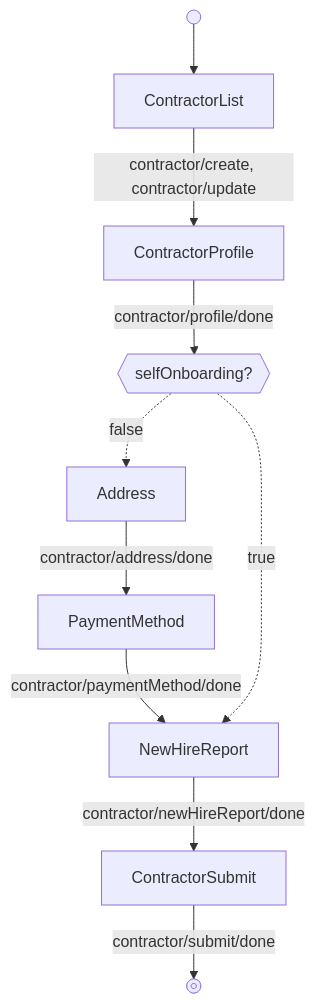
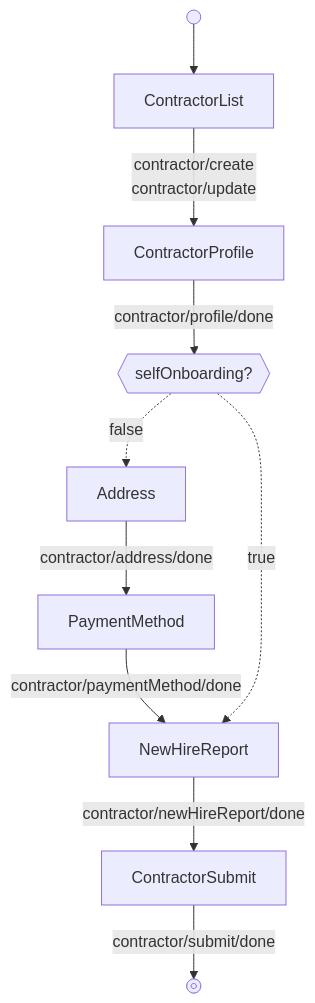
One commit to Gusto/embedded-react-sdk changed the diagram in docs/reference/contractor/onboarding/onboarding-flow.md. Above: the diagram before and after it, drawn with Mermaid. The commit also changed 1 other file, not shown here.

Commit message:
docs(contractor): stack multi-event edge label instead of comma-delimiting
Use <br/> to put contractor/create and contractor/update on separate lines.

````diff
--- a/docs/reference/contractor/onboarding/onboarding-flow.md
+++ b/docs/reference/contractor/onboarding/onboarding-flow.md
@@ -104,15 +104,15 @@
 ```mermaid
 flowchart
   start@{ shape: sm-circ } --> ContractorList
-  ContractorList -->|"contractor/create, contractor/update"| ContractorProfile
+  ContractorList -->|"contractor/create<br/>contractor/update"| ContractorProfile
   ContractorProfile -->|"contractor/profile/done"| selfOnboarding{{"selfOnboarding?"}}
   selfOnboarding -.->|false| Address
   Address -->|"contractor/address/done"| PaymentMethod
   PaymentMethod -->|"contractor/paymentMethod/done"| NewHireReport
   selfOnboarding -.->|true| NewHireReport
   NewHireReport -->|"contractor/newHireReport/done"| ContractorSubmit
   ContractorSubmit -->|"contractor/submit/done"| done@{ shape: fr-circ, label: " " }
 
   class ContractorList,ContractorProfile,Address,PaymentMethod,NewHireReport,ContractorSubmit component
   class selfOnboarding branch
 ```
````
